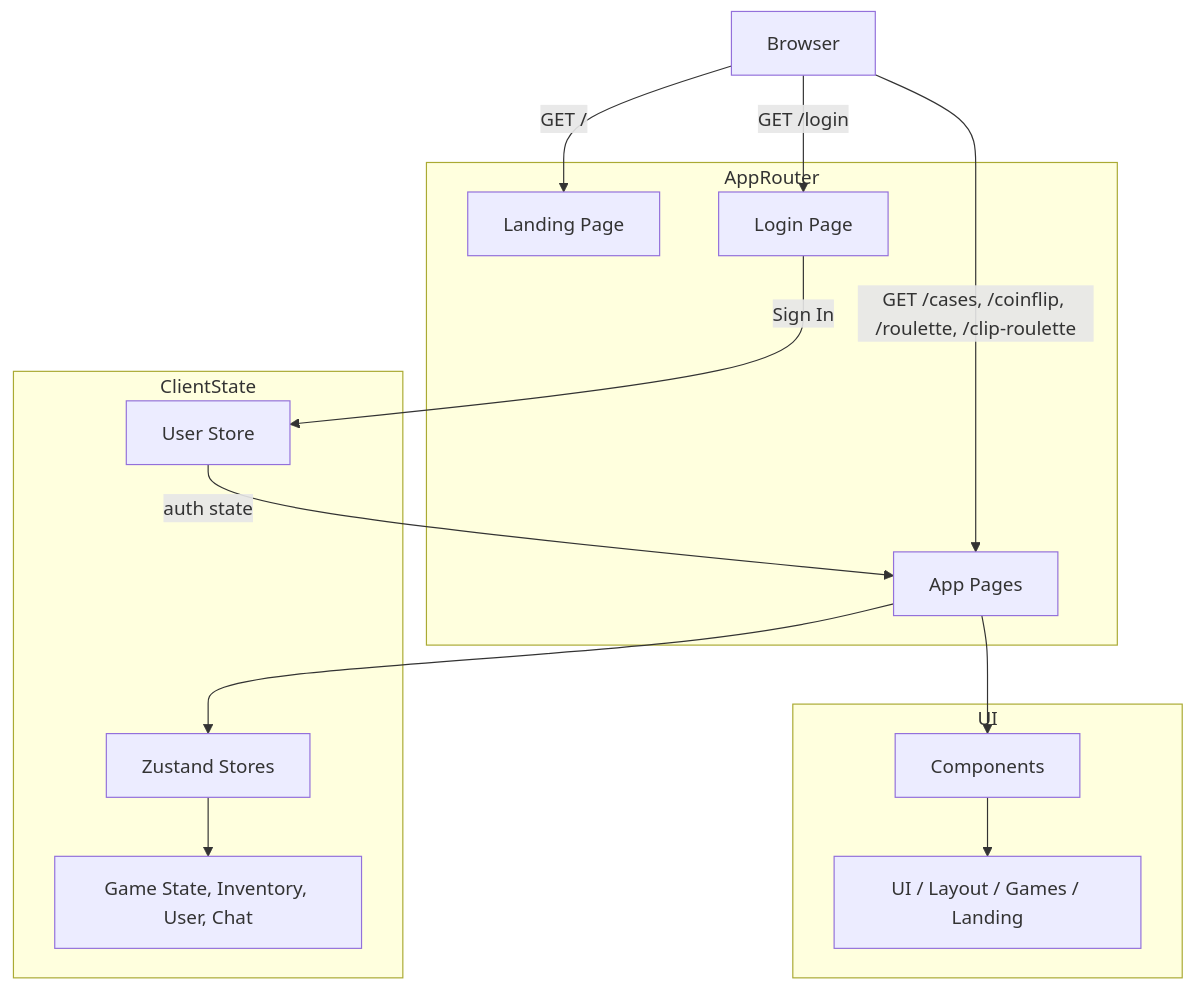
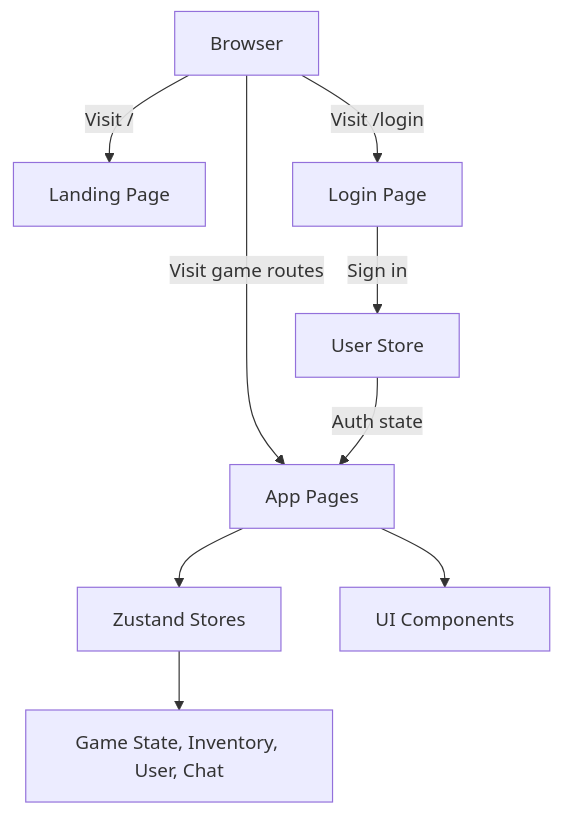
Before and after one commit to Anwesha2006/gaming-platform: the diagram in README.md, drawn with Mermaid. The commit also changed other lines of this file, not shown here.

````diff
--- a/README.md
+++ b/README.md
@@ -18,26 +34,11 @@
 ```mermaid
 flowchart TD
-  A[Browser] -->|GET /| B[Landing Page]
-  A -->|GET /login| C[Login Page]
-  A -->|GET /cases, /coinflip, /roulette, /clip-roulette| D[App Pages]
-  C -->|Sign In| E[User Store]
-  E -->|auth state| D
+  A[Browser] -->|Visit /| B[Landing Page]
+  A -->|Visit /login| C[Login Page]
+  A -->|Visit game routes| D[App Pages]
+  C -->|Sign in| E[User Store]
+  E -->|Auth state| D
   D --> F[Zustand Stores]
   F --> G[Game State, Inventory, User, Chat]
-  D --> H[Components]
-  H --> I[UI / Layout / Games / Landing]
-  subgraph AppRouter
-    B
-    C
-    D
-  end
-  subgraph ClientState
-    E
-    F
-    G
-  end
-  subgraph UI
-    H
-    I
-  end
+  D --> H[UI Components]
 ```
````
